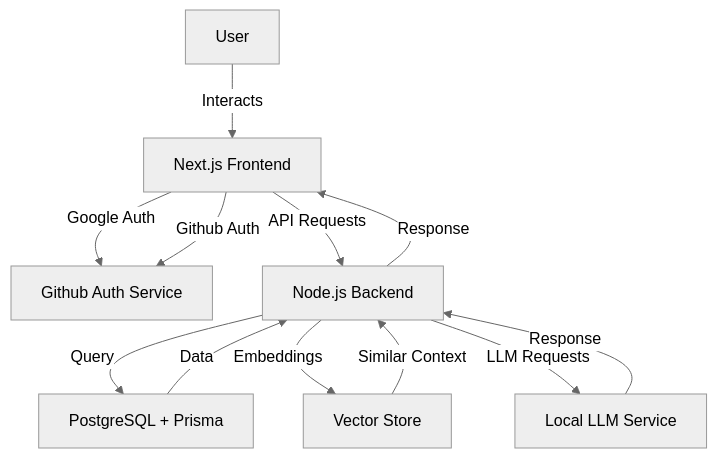
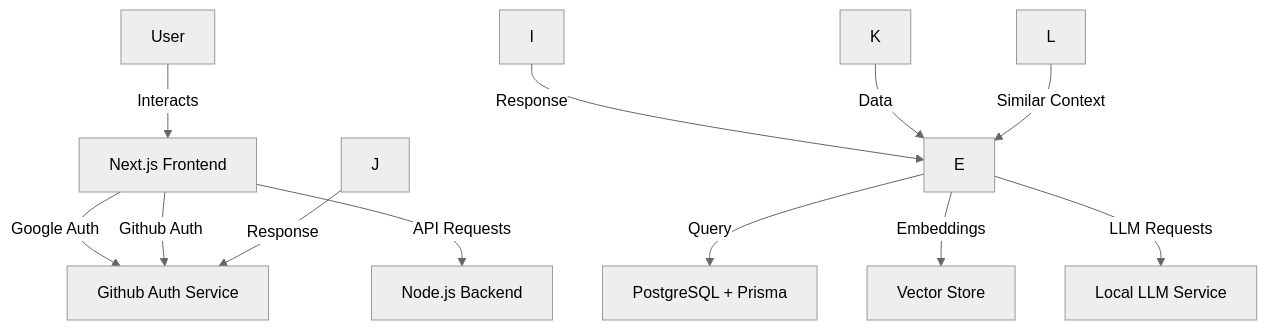
One commit to rothardo/chatbot-llm changed the diagram in README.md. Above: the diagram before and after it, drawn with Mermaid (neutral theme). The commit also changed other lines of this file, not shown here.

````diff
--- a/README.md
+++ b/README.md
@@ -33,14 +33,14 @@
 ```mermaid
 flowchart TD
     A[User] -->|Interacts| B[Next.js Frontend]
     B -->|Google Auth| C[Google Auth Service]
     B -->|Github Auth| C[Github Auth Service]
     B -->|API Requests| D[Node.js Backend]
-    D -->|Query| E[PostgreSQL + Prisma]
-    D -->|Embeddings| F[Vector Store]
-    D -->|LLM Requests| G[Local LLM Service]
-    G -->|Response| D
-    D -->|Response| B
-    E -->|Data| D
-    F -->|Similar Context| D
+    E -->|Query| F[PostgreSQL + Prisma]
+    E -->|Embeddings| G[Vector Store]
+    E -->|LLM Requests| H[Local LLM Service]
+    I -->|Response| E
+    J -->|Response| C
+    K -->|Data| E
+    L -->|Similar Context| E
 ```
````
